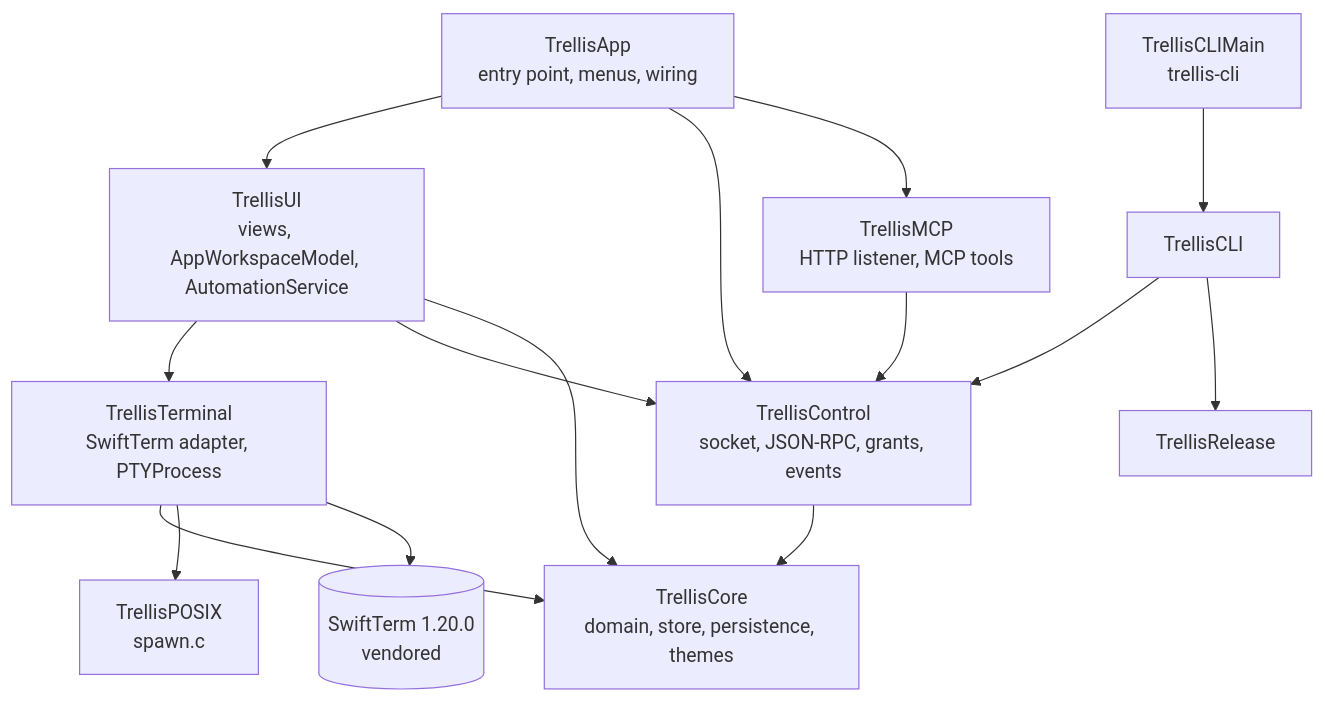
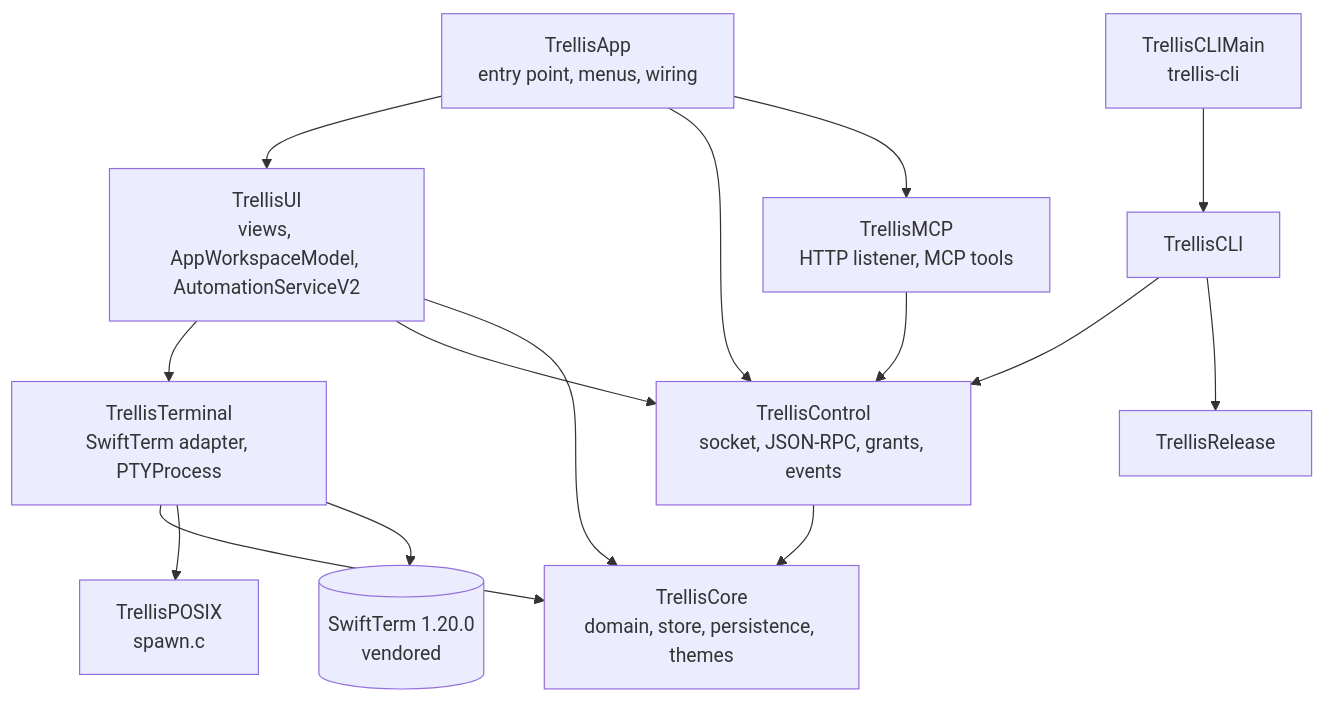
The first of 2 diagrams in docs/architecture/index.md (bearstouch/trellis), drawn with Mermaid before and after one commit. The commit also changed other lines of this file and 173 other files, not shown here.

````diff
--- a/docs/architecture/index.md
+++ b/docs/architecture/index.md
@@ -7,18 +7,18 @@
 ```mermaid
 flowchart TD
     App[TrellisApp<br/>entry point, menus, wiring] --> UI
     App --> Control
-    UI[TrellisUI<br/>views, AppWorkspaceModel, AutomationService] --> Terminal
+    UI[TrellisUI<br/>views, AppWorkspaceModel, AutomationServiceV2] --> Terminal
     UI --> Control
     UI --> Core
     Terminal[TrellisTerminal<br/>SwiftTerm adapter, PTYProcess] --> Core
     Terminal --> POSIX[TrellisPOSIX<br/>spawn.c]
     Terminal --> SwiftTerm[(SwiftTerm 1.20.0<br/>vendored)]
     Control[TrellisControl<br/>socket, JSON-RPC, grants, events] --> Core
     App --> MCP[TrellisMCP<br/>HTTP listener, MCP tools]
     MCP --> Control
     CLIMain[TrellisCLIMain<br/>trellis-cli] --> CLI[TrellisCLI]
     CLI --> Control
     CLI --> Release[TrellisRelease]
     Core[TrellisCore<br/>domain, store, persistence, themes]
 ```
````
